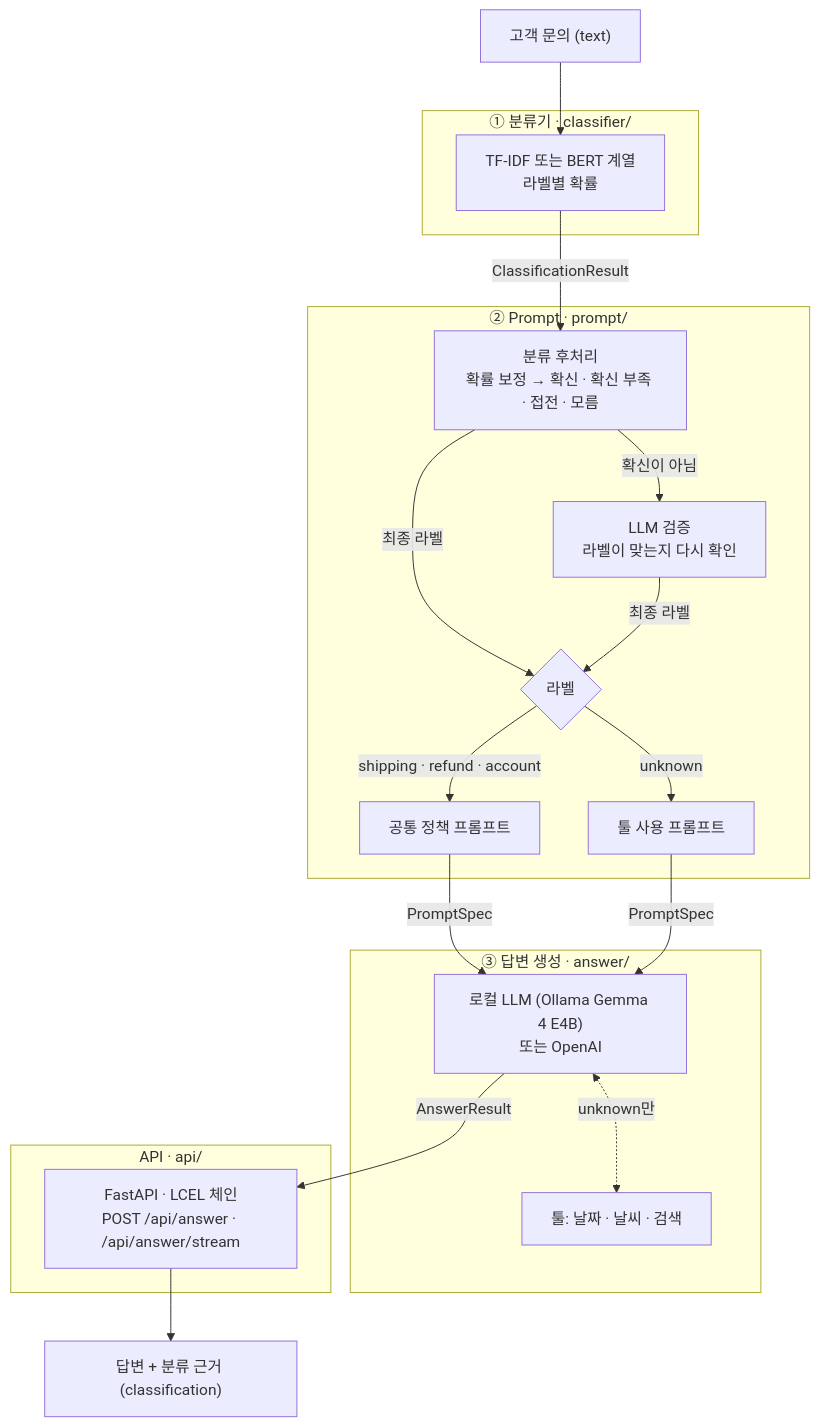
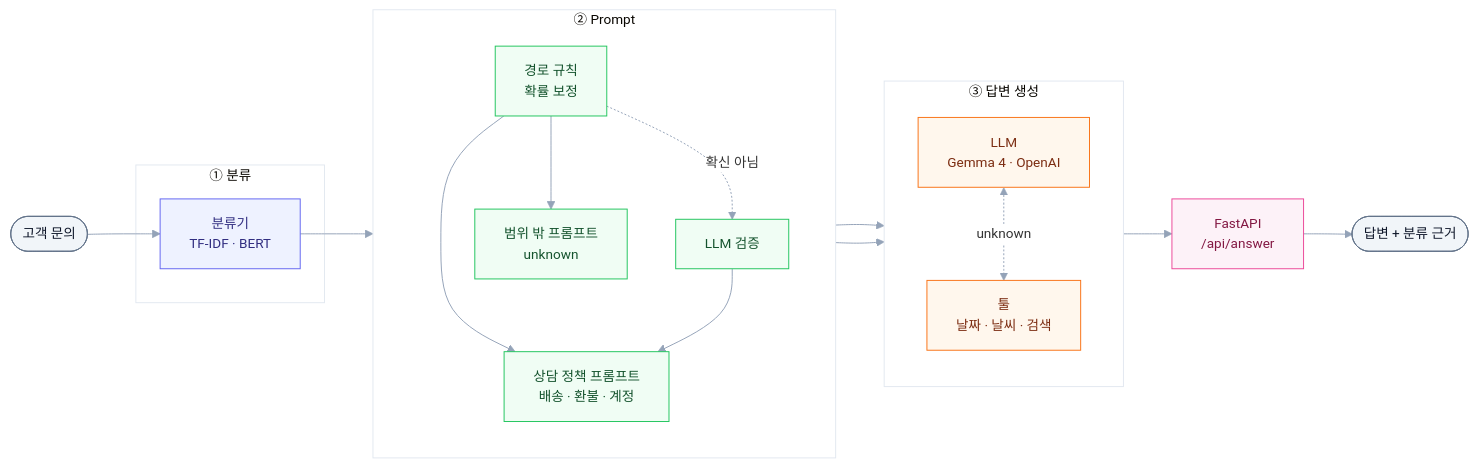
The diagram in README.md (theSealLLM/Seal_LLM), drawn with Mermaid before and after one commit.

Commit message:
docs: README 전체 흐름 mermaid 디자인 개선
- 단계별 색 구분 (분류 · Prompt · 답변 생성 · API · 입출력), 왼쪽 → 오른쪽 흐름
- 상자 글자를 핵심 단어로 줄이고 라벨 분기 마름모 제거 (상담 정책 / 범위 밖 두 갈래 화살표)
- 점선은 필요할 때만 지나는 경로 (확신이 아닐 때 LLM 검증, unknown일 때 툴)

````diff
--- a/README.md
+++ b/README.md
@@ -9,32 +9,40 @@
 ```mermaid
-flowchart TD
-    A["고객 문의 (text)"] --> B
+%%{init: {"theme": "base", "themeVariables": {"fontSize": "14px", "lineColor": "#94A3B8", "clusterBkg": "#FFFFFF", "clusterBorder": "#E2E8F0", "edgeLabelBackground": "#FFFFFF", "textColor": "#334155"}}}%%
+flowchart LR
+    Q(["고객 문의"]):::io --> CLS
 
-    subgraph C1["① 분류기 · classifier/"]
-        B["TF-IDF 또는 BERT 계열<br/>라벨별 확률"]
+    subgraph S1["① 분류"]
+        CLS["분류기<br/>TF-IDF · BERT"]:::cls
     end
-    B -->|ClassificationResult| R
 
-    subgraph C2["② Prompt · prompt/"]
-        R["분류 후처리<br/>확률 보정 → 확신 · 확신 부족 · 접전 · 모름"]
-        R -->|확신이 아님| V["LLM 검증<br/>라벨이 맞는지 다시 확인"]
-        R -->|최종 라벨| P
-        V -->|최종 라벨| P
-        P{"라벨"}
-        P -->|shipping · refund · account| P1["공통 정책 프롬프트"]
-        P -->|unknown| P2["툴 사용 프롬프트"]
+    subgraph S2["② Prompt"]
+        direction TB
+        RT["경로 규칙<br/>확률 보정"]:::prm
+        VF["LLM 검증"]:::prm
+        PS["상담 정책 프롬프트<br/>배송 · 환불 · 계정"]:::prm
+        PU["범위 밖 프롬프트<br/>unknown"]:::prm
+        RT -. 확신 아님 .-> VF
+        RT --> PS
+        VF --> PS
+        RT --> PU
     end
-    P1 -->|PromptSpec| G
-    P2 -->|PromptSpec| G
 
-    subgraph C3["③ 답변 생성 · answer/"]
-        G["로컬 LLM (Ollama Gemma 4 E4B)<br/>또는 OpenAI"]
-        G <-.->|unknown만| T["툴: 날짜 · 날씨 · 검색"]
+    subgraph S3["③ 답변 생성"]
+        direction TB
+        LLM["LLM<br/>Gemma 4 · OpenAI"]:::ans
+        TOOL["툴<br/>날짜 · 날씨 · 검색"]:::ans
+        LLM <-. unknown .-> TOOL
     end
-    G -->|AnswerResult| API
 
-    subgraph C4["API · api/"]
-        API["FastAPI · LCEL 체인<br/>POST /api/answer · /api/answer/stream"]
-    end
-    API --> OUT["답변 + 분류 근거 (classification)"]
+    CLS --> RT
+    PS --> LLM
+    PU --> LLM
+    LLM --> API["FastAPI<br/>/api/answer"]:::api
+    API --> OUT(["답변 + 분류 근거"]):::io
+
+    classDef io  fill:#F1F5F9,stroke:#64748B,color:#0F172A
+    classDef cls fill:#EEF2FF,stroke:#6366F1,color:#312E81
+    classDef prm fill:#F0FDF4,stroke:#22C55E,color:#14532D
+    classDef ans fill:#FFF7ED,stroke:#F97316,color:#7C2D12
+    classDef api fill:#FDF2F8,stroke:#EC4899,color:#831843
 ```
````
